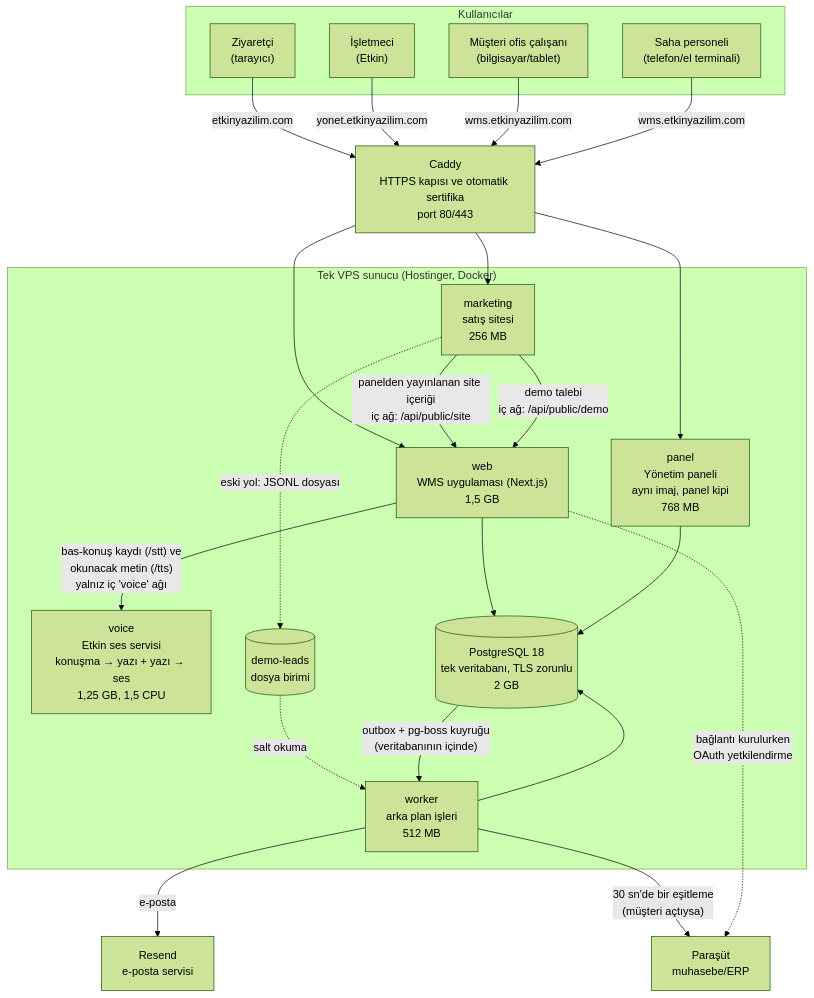
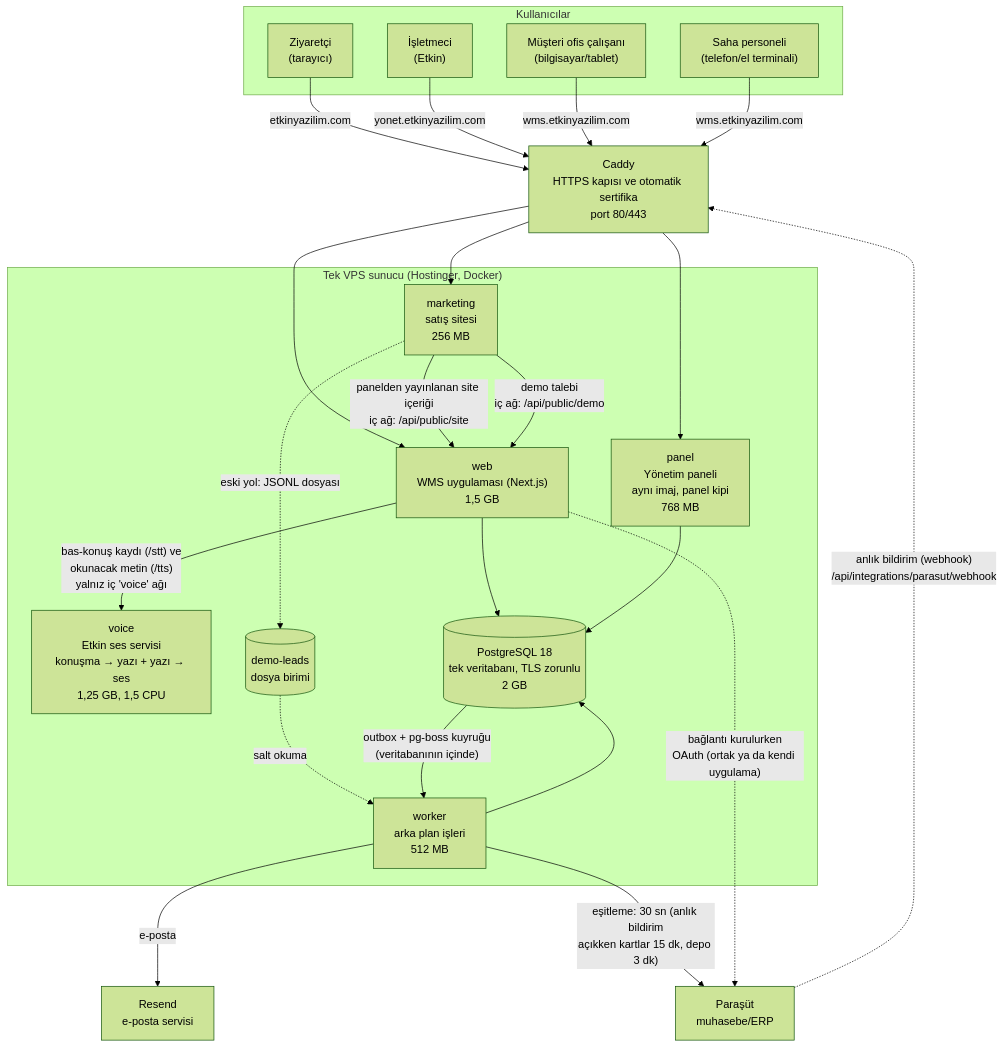
The first of 4 diagrams in docs/fonksiyonel-mimari/01-genel-mimari.md (shosgoren/EtkinWMS), drawn with Mermaid (forest theme) before and after one commit. The commit also changed other lines of this file and 9 other files, not shown here.

````diff
--- a/docs/fonksiyonel-mimari/01-genel-mimari.md
+++ b/docs/fonksiyonel-mimari/01-genel-mimari.md
@@ -29,42 +29,43 @@
 ```mermaid
 flowchart TB
   subgraph Kullanicilar["Kullanıcılar"]
     Z["Ziyaretçi<br/>(tarayıcı)"]
     O["İşletmeci<br/>(Etkin)"]
     M["Müşteri ofis çalışanı<br/>(bilgisayar/tablet)"]
     S["Saha personeli<br/>(telefon/el terminali)"]
   end
 
   C["Caddy<br/>HTTPS kapısı ve otomatik sertifika<br/>port 80/443"]
 
   Z -->|etkinyazilim.com| C
   O -->|yonet.etkinyazilim.com| C
   M -->|wms.etkinyazilim.com| C
   S -->|wms.etkinyazilim.com| C
 
   subgraph VPS["Tek VPS sunucu (Hostinger, Docker)"]
     MK["marketing<br/>satış sitesi<br/>256 MB"]
     W["web<br/>WMS uygulaması (Next.js)<br/>1,5 GB"]
     P["panel<br/>Yönetim paneli<br/>aynı imaj, panel kipi<br/>768 MB"]
     WK["worker<br/>arka plan işleri<br/>512 MB"]
     V["voice<br/>Etkin ses servisi<br/>konuşma → yazı + yazı → ses<br/>1,25 GB, 1,5 CPU"]
     DB[("PostgreSQL 18<br/>tek veritabanı, TLS zorunlu<br/>2 GB")]
     L[("demo-leads<br/>dosya birimi")]
   end
 
   C --> MK
   C --> W
   C --> P
   MK -->|"panelden yayınlanan site içeriği<br/>iç ağ: /api/public/site"| W
   MK -->|"demo talebi<br/>iç ağ: /api/public/demo"| W
   MK -.->|eski yol: JSONL dosyası| L
   L -.->|salt okuma| WK
   W -->|"bas-konuş kaydı (/stt) ve<br/>okunacak metin (/tts)<br/>yalnız iç 'voice' ağı"| V
   W --> DB
   P --> DB
   WK --> DB
   DB -->|"outbox + pg-boss kuyruğu<br/>(veritabanının içinde)"| WK
   WK -->|e-posta| R["Resend<br/>e-posta servisi"]
-  WK -->|"30 sn'de bir eşitleme<br/>(müşteri açtıysa)"| PR["Paraşüt<br/>muhasebe/ERP"]
-  W -.->|"bağlantı kurulurken<br/>OAuth yetkilendirme"| PR
+  WK -->|"eşitleme: 30 sn (anlık bildirim<br/>açıkken kartlar 15 dk, depo 3 dk)"| PR["Paraşüt<br/>muhasebe/ERP"]
+  W -.->|"bağlantı kurulurken<br/>OAuth (ortak ya da kendi uygulama)"| PR
+  PR -.->|"anlık bildirim (webhook)<br/>/api/integrations/parasut/webhook"| C
 ```
````
